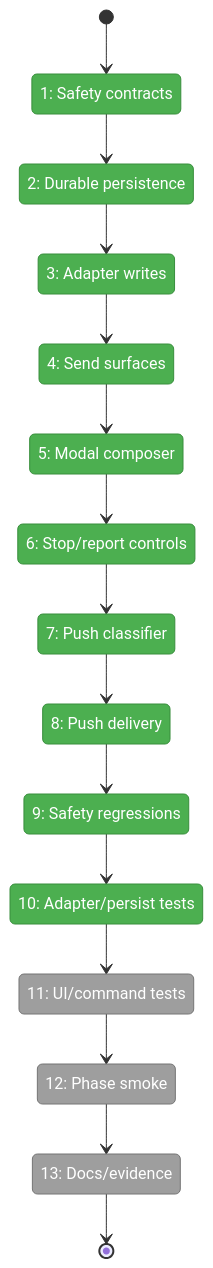
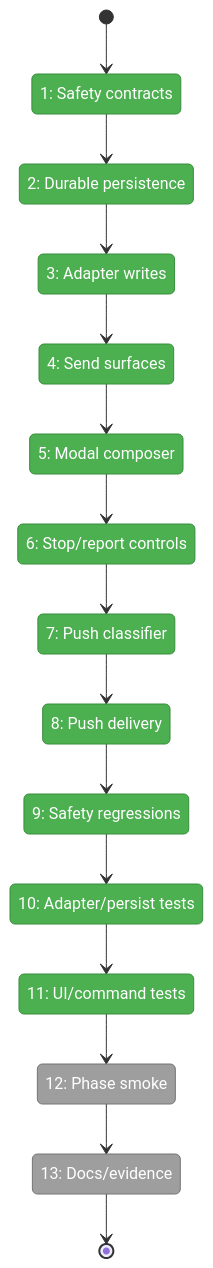
The first of 2 diagrams in docs/plans/007-options-for-pi-extensions-that-do-subagents/tasks/phase-3-interaction-push-context-and-hardening/tasks.fltplan.md (vaughanknight/pij), drawn with Mermaid before and after one commit. The commit also changed other lines of this file and 3 other files, not shown here.

````diff
--- a/docs/plans/007-options-for-pi-extensions-that-do-subagents/tasks/phase-3-interaction-push-context-and-hardening/tasks.fltplan.md
+++ b/docs/plans/007-options-for-pi-extensions-that-do-subagents/tasks/phase-3-interaction-push-context-and-hardening/tasks.fltplan.md
@@ -43,39 +43,39 @@
 ```mermaid
 stateDiagram-v2
     classDef pending fill:#9E9E9E,stroke:#757575,color:#fff
     classDef active fill:#FFC107,stroke:#FFA000,color:#000
     classDef done fill:#4CAF50,stroke:#388E3C,color:#fff
     classDef blocked fill:#F44336,stroke:#D32F2F,color:#fff
 
     state "1: Safety contracts" as S1
     state "2: Durable persistence" as S2
     state "3: Adapter writes" as S3
     state "4: Send surfaces" as S4
     state "5: Modal composer" as S5
     state "6: Stop/report controls" as S6
     state "7: Push classifier" as S7
     state "8: Push delivery" as S8
     state "9: Safety regressions" as S9
     state "10: Adapter/persist tests" as S10
     state "11: UI/command tests" as S11
     state "12: Phase smoke" as S12
     state "13: Docs/evidence" as S13
 
     [*] --> S1
     S1 --> S2
     S2 --> S3
     S3 --> S4
     S4 --> S5
     S5 --> S6
     S6 --> S7
     S7 --> S8
     S8 --> S9
     S9 --> S10
     S10 --> S11
     S11 --> S12
     S12 --> S13
     S13 --> [*]
 
-    class S1,S2,S3,S4,S5,S6,S7,S8,S9,S10 done
-    class S11,S12,S13 pending
+    class S1,S2,S3,S4,S5,S6,S7,S8,S9,S10,S11 done
+    class S12,S13 pending
 ```
````
